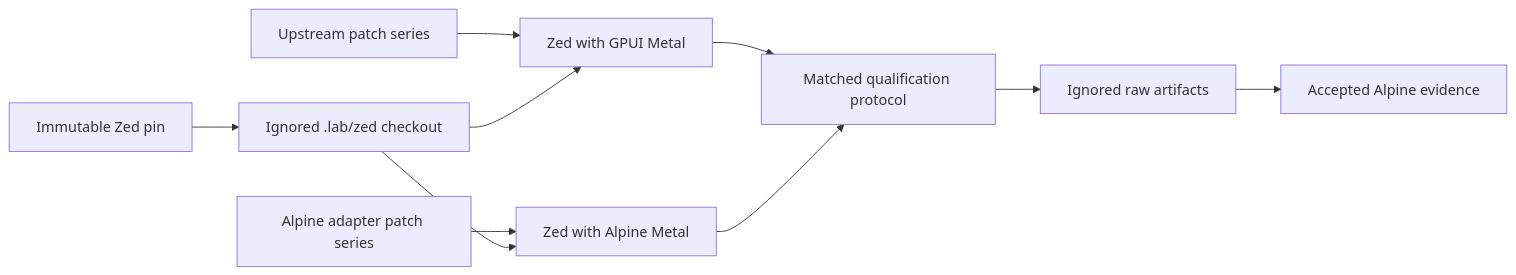
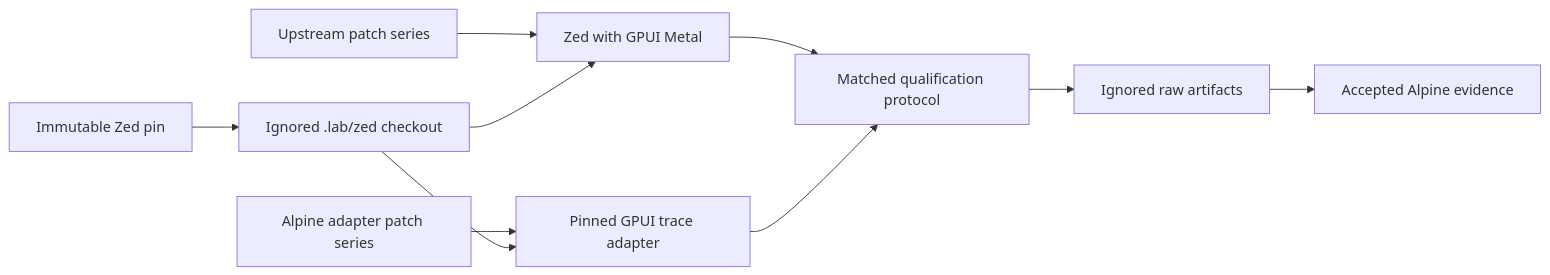
Before and after one commit to dbuddha/alpine-zed-lab: the diagram in README.md, drawn with Mermaid. The commit also changed other lines of this file and 12 other files, not shown here.

First line of the commit message:
feat(lab): execute pinned GPUI scene traces (#2)

````diff
--- a/README.md
+++ b/README.md
@@ -22,12 +26,12 @@
 ```mermaid
 flowchart LR
     pin["Immutable Zed pin"] --> provision["Ignored .lab/zed checkout"]
     upstream["Upstream patch series"] --> gpui["Zed with GPUI Metal"]
-    alpine["Alpine adapter patch series"] --> alpine_variant["Zed with Alpine Metal"]
+    alpine["Alpine adapter patch series"] --> alpine_variant["Pinned GPUI trace adapter"]
     provision --> gpui
     provision --> alpine_variant
     gpui --> qualify["Matched qualification protocol"]
     alpine_variant --> qualify
     qualify --> artifacts["Ignored raw artifacts"]
     artifacts --> evidence["Accepted Alpine evidence"]
 ```
````
